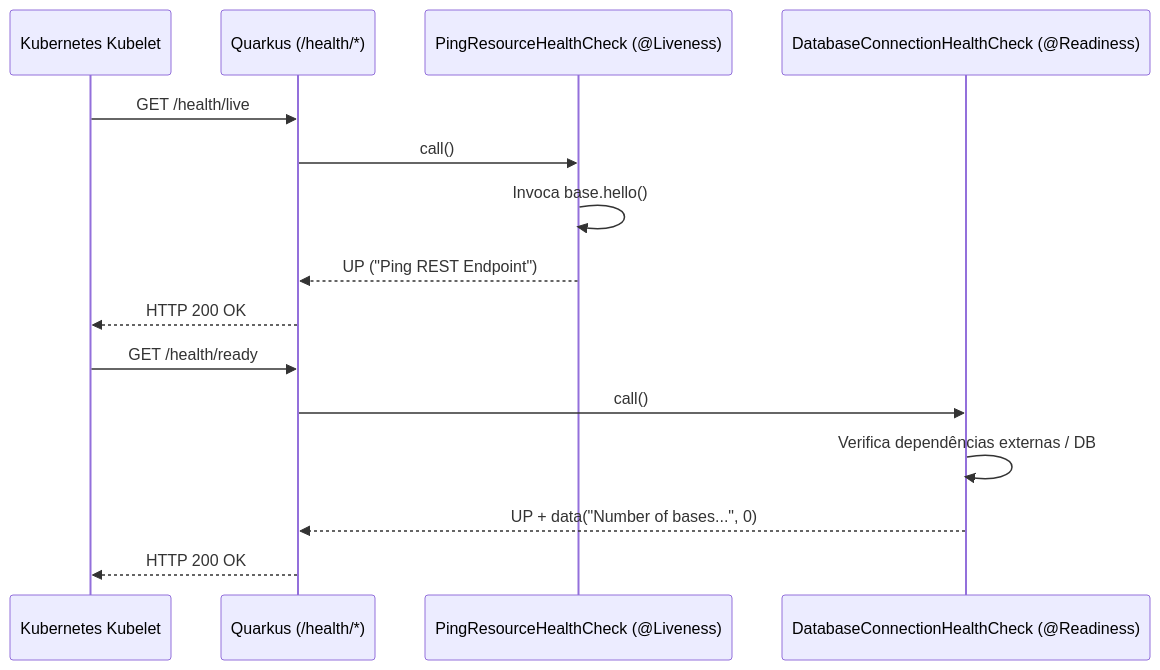
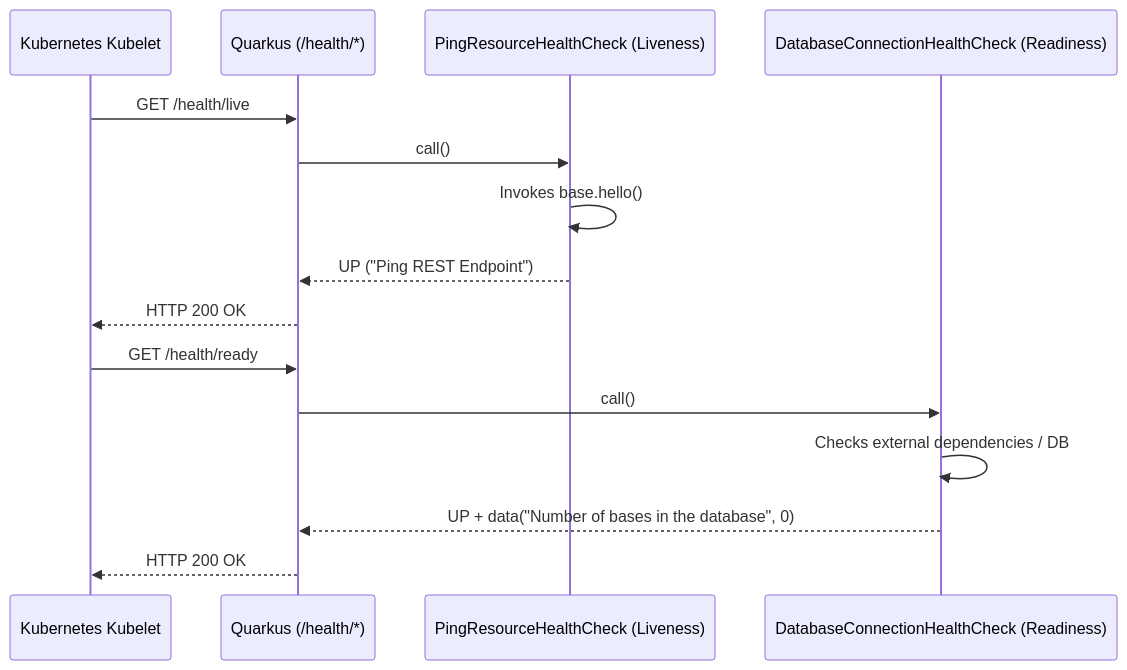
Before and after one commit to AlessandroMartini/quarkus-12factor-service-template: the fourth of 7 diagrams in README.MD, drawn with Mermaid. The commit also changed other lines of this file, not shown here.

Commit message:
docs: translate README to English and fix GitHub Mermaid syntax

````diff
--- a/README.MD
+++ b/README.MD
@@ -245,19 +245,19 @@
 ```mermaid
 sequenceDiagram
     participant K8s as Kubernetes Kubelet
     participant App as Quarkus (/health/*)
-    participant Live as PingResourceHealthCheck (@Liveness)
-    participant Ready as DatabaseConnectionHealthCheck (@Readiness)
+    participant Live as PingResourceHealthCheck (Liveness)
+    participant Ready as DatabaseConnectionHealthCheck (Readiness)
 
     K8s->>App: GET /health/live
     App->>Live: call()
-    Live->>Live: Invoca base.hello()
+    Live->>Live: Invokes base.hello()
     Live-->>App: UP ("Ping REST Endpoint")
     App-->>K8s: HTTP 200 OK
 
     K8s->>App: GET /health/ready
     App->>Ready: call()
-    Ready->>Ready: Verifica dependências externas / DB
-    Ready-->>App: UP + data("Number of bases...", 0)
+    Ready->>Ready: Checks external dependencies / DB
+    Ready-->>App: UP + data("Number of bases in the database", 0)
     App-->>K8s: HTTP 200 OK
 ```
````
